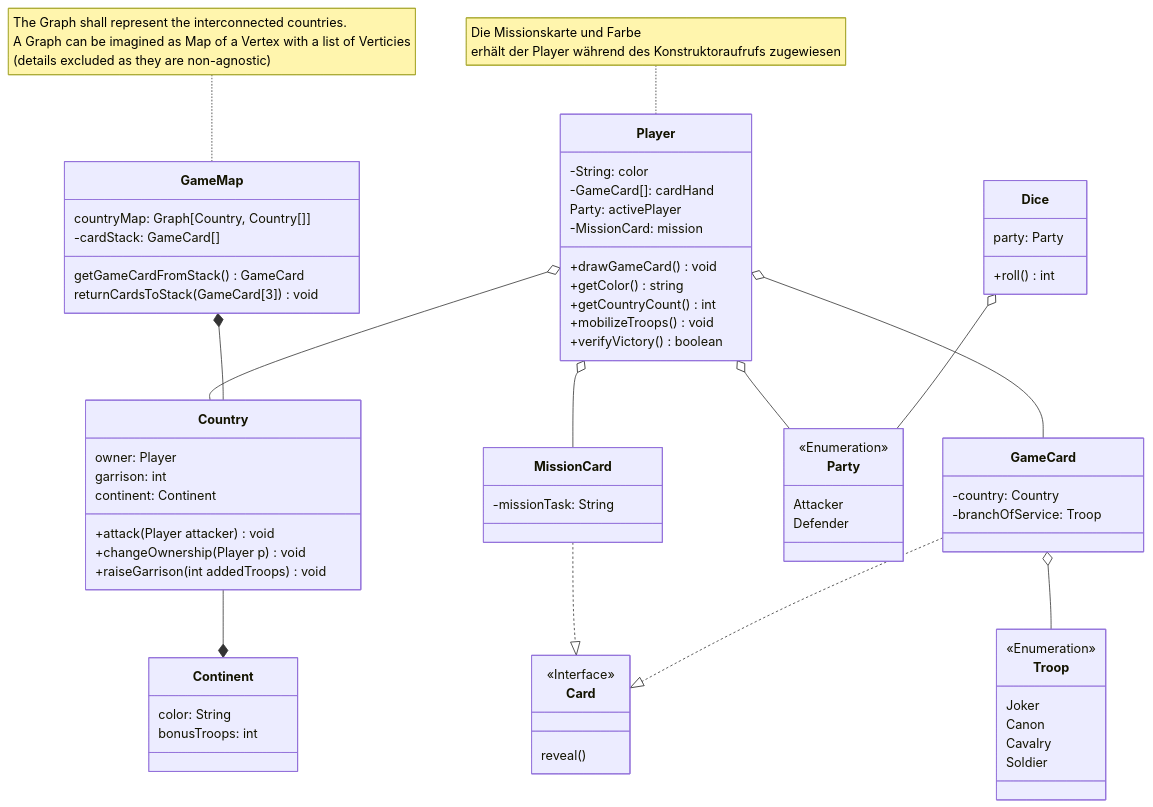
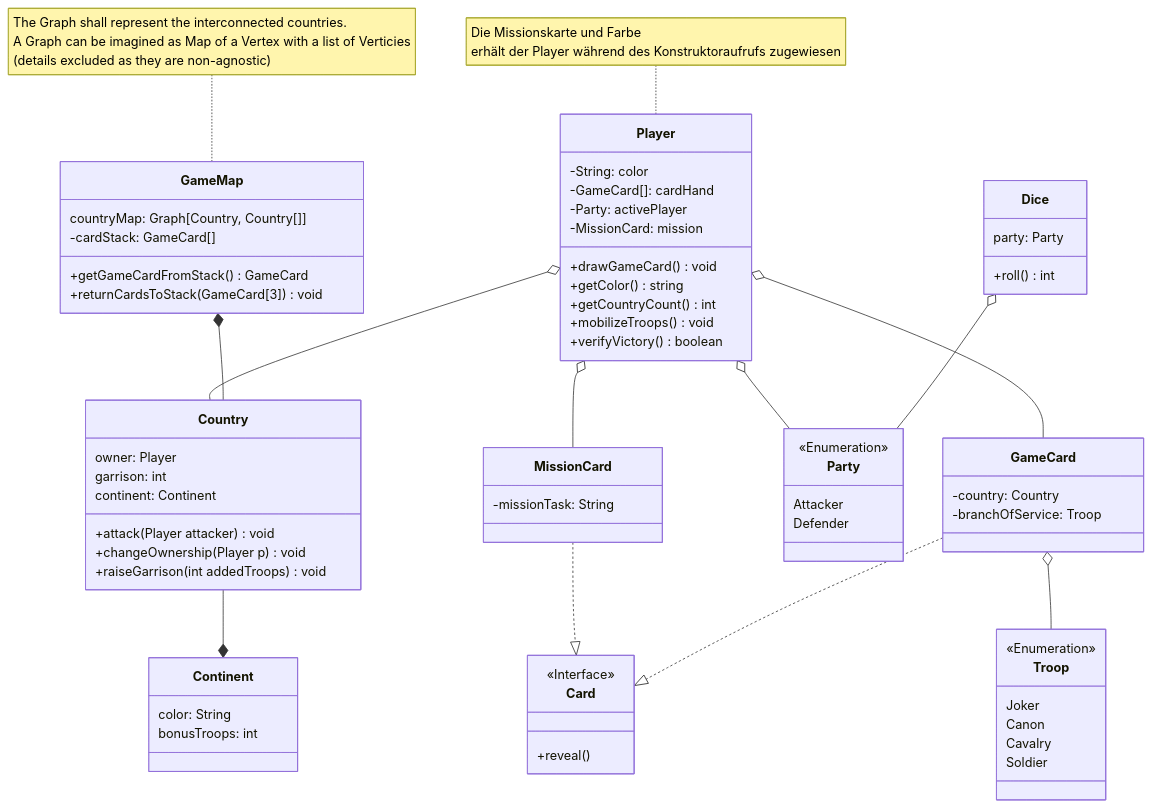
One commit to Raqhael/risiko-engineering changed the diagram in CLASSDIAGRAM.md. Above: the diagram before and after it, drawn with Mermaid.

Commit message:
Add more details

```diff
--- a/CLASSDIAGRAM.md
+++ b/CLASSDIAGRAM.md
@@ -9,7 +9,7 @@
     class Player{
         -String: color
         -GameCard[]: cardHand
-        Party: activePlayer
+        -Party: activePlayer
         -MissionCard: mission
 
         +drawGameCard() void
@@ -21,7 +21,7 @@
 
     class Card{
         <<Interface>>
-        reveal()
+        +reveal()
     }
 
     class MissionCard{
@@ -56,8 +56,8 @@
         countryMap: Graph[Country, Country[]]
         -cardStack: GameCard[]
 
-        getGameCardFromStack() GameCard
-        returnCardsToStack(GameCard[3]) void
+        +getGameCardFromStack() GameCard
+        +returnCardsToStack(GameCard[3]) void
     }
 
     class Country{
```
